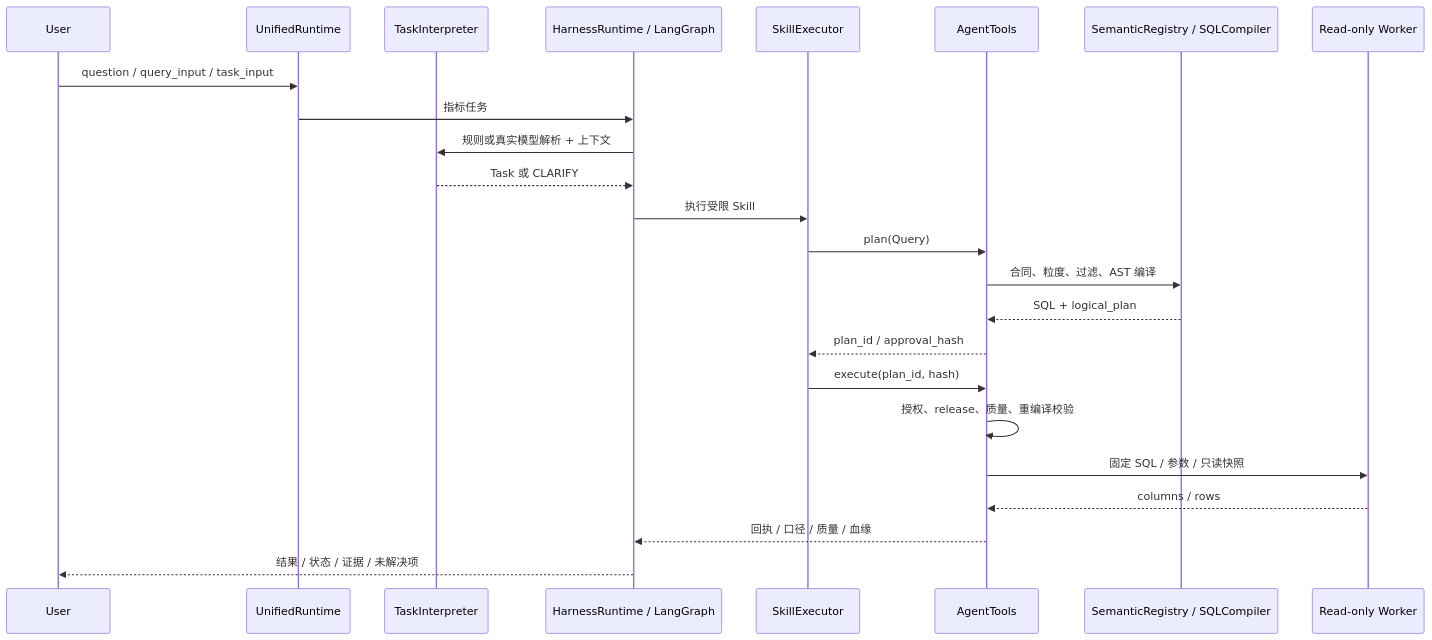
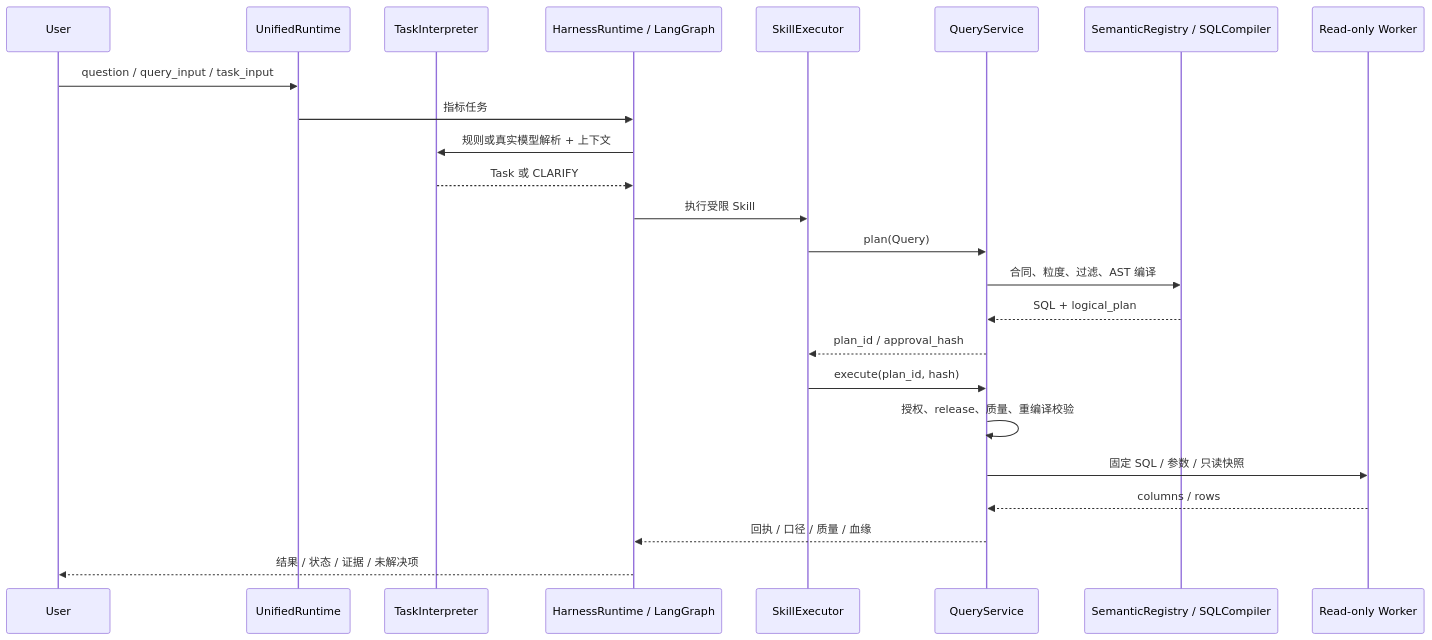
One commit to Nidhogg-maker/MyAgent changed the second of 2 diagrams in docs/architecture.md. Above: the diagram before and after it, drawn with Mermaid. The commit also changed other lines of this file and 23 other files, not shown here.

Commit message:
Clarify architecture navigation and separate query service from agent routing

````diff
--- a/docs/architecture.md
+++ b/docs/architecture.md
@@ -42,26 +42,26 @@
 ```mermaid
 sequenceDiagram
   participant U as User
   participant R as UnifiedRuntime
   participant T as TaskInterpreter
   participant H as HarnessRuntime / LangGraph
   participant S as SkillExecutor
-  participant A as AgentTools
+  participant A as QueryService
   participant C as SemanticRegistry / SQLCompiler
   participant W as Read-only Worker
   U->>R: question / query_input / task_input
   R->>H: 指标任务
   H->>T: 规则或真实模型解析 + 上下文
   T-->>H: Task 或 CLARIFY
   H->>S: 执行受限 Skill
   S->>A: plan(Query)
   A->>C: 合同、粒度、过滤、AST 编译
   C-->>A: SQL + logical_plan
   A-->>S: plan_id / approval_hash
   S->>A: execute(plan_id, hash)
   A->>A: 授权、release、质量、重编译校验
   A->>W: 固定 SQL / 参数 / 只读快照
   W-->>A: columns / rows
   A-->>H: 回执 / 口径 / 质量 / 血缘
   H-->>U: 结果 / 状态 / 证据 / 未解决项
 ```
````
